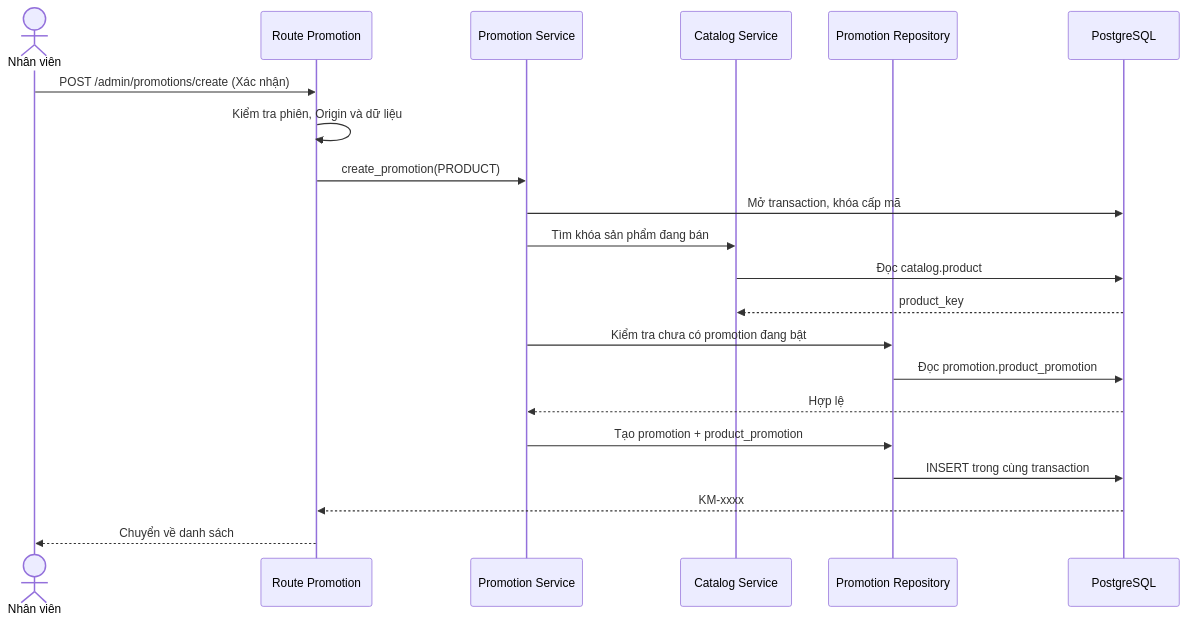
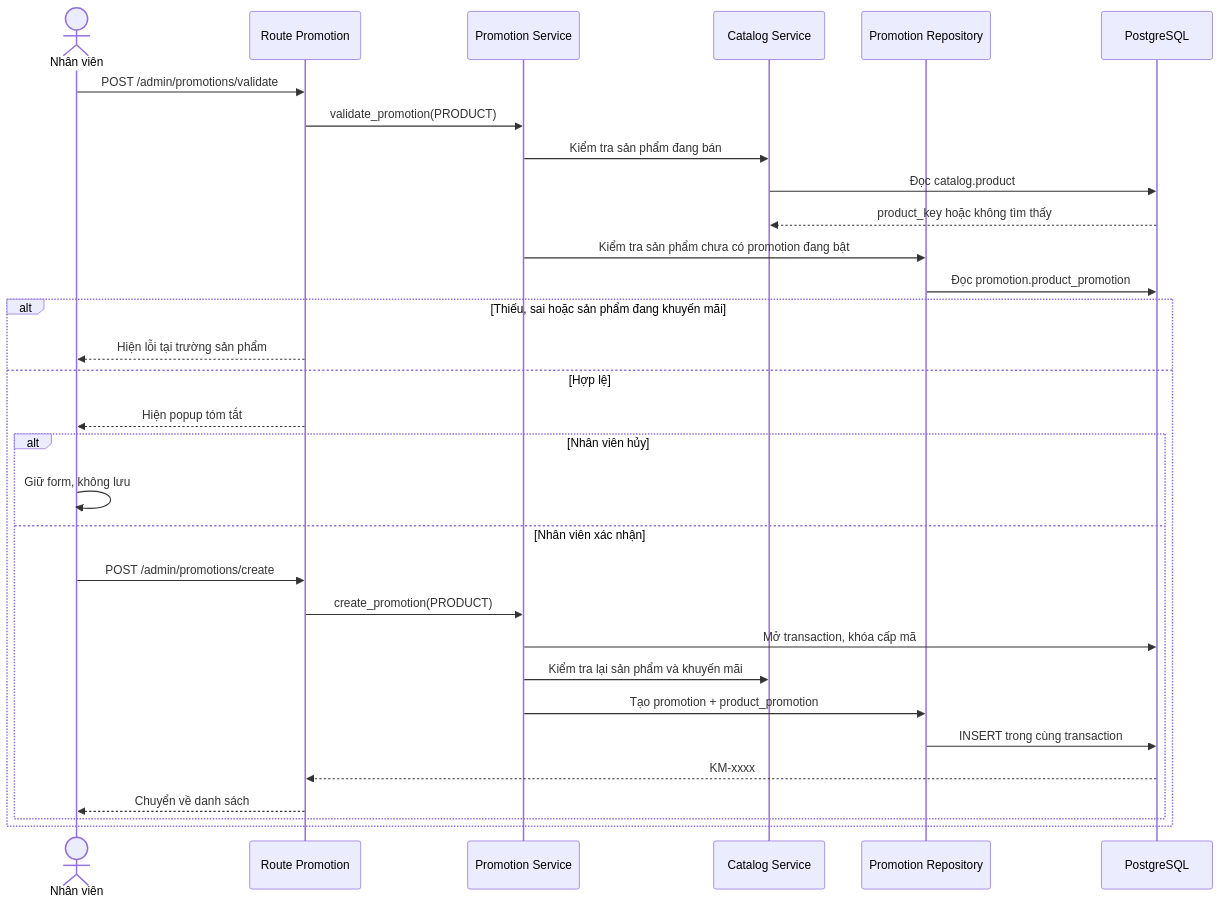
The diagram in docs/sequence/UC28-create-product-promotion.md (thanhklt/sobie-swimwear-e-commerce), drawn with Mermaid before and after one commit. The commit also changed 24 other files, not shown here.

Commit message:
Hoàn thiện module khuyến mãi: hết hiệu lực theo ngày ICT, hoàn lượt khi hủy đơn, UI tính thử ưu đãi.

````diff
--- a/docs/sequence/UC28-create-product-promotion.md
+++ b/docs/sequence/UC28-create-product-promotion.md
@@ -3,23 +3,33 @@
 ```mermaid
 sequenceDiagram
     actor NV as Nhân viên
     participant R as Route Promotion
     participant S as Promotion Service
     participant C as Catalog Service
     participant P as Promotion Repository
     participant DB as PostgreSQL
-    NV->>R: POST /admin/promotions/create (Xác nhận)
-    R->>R: Kiểm tra phiên, Origin và dữ liệu
-    R->>S: create_promotion(PRODUCT)
-    S->>DB: Mở transaction, khóa cấp mã
-    S->>C: Tìm khóa sản phẩm đang bán
+    NV->>R: POST /admin/promotions/validate
+    R->>S: validate_promotion(PRODUCT)
+    S->>C: Kiểm tra sản phẩm đang bán
     C->>DB: Đọc catalog.product
-    DB-->>C: product_key
-    S->>P: Kiểm tra chưa có promotion đang bật
+    DB-->>C: product_key hoặc không tìm thấy
+    S->>P: Kiểm tra sản phẩm chưa có promotion đang bật
     P->>DB: Đọc promotion.product_promotion
-    DB-->>S: Hợp lệ
-    S->>P: Tạo promotion + product_promotion
-    P->>DB: INSERT trong cùng transaction
-    DB-->>R: KM-xxxx
-    R-->>NV: Chuyển về danh sách
+    alt Thiếu, sai hoặc sản phẩm đang khuyến mãi
+        R-->>NV: Hiện lỗi tại trường sản phẩm
+    else Hợp lệ
+        R-->>NV: Hiện popup tóm tắt
+        alt Nhân viên hủy
+            NV->>NV: Giữ form, không lưu
+        else Nhân viên xác nhận
+            NV->>R: POST /admin/promotions/create
+            R->>S: create_promotion(PRODUCT)
+            S->>DB: Mở transaction, khóa cấp mã
+            S->>C: Kiểm tra lại sản phẩm và khuyến mãi
+            S->>P: Tạo promotion + product_promotion
+            P->>DB: INSERT trong cùng transaction
+            DB-->>R: KM-xxxx
+            R-->>NV: Chuyển về danh sách
+        end
+    end
 ```
````
